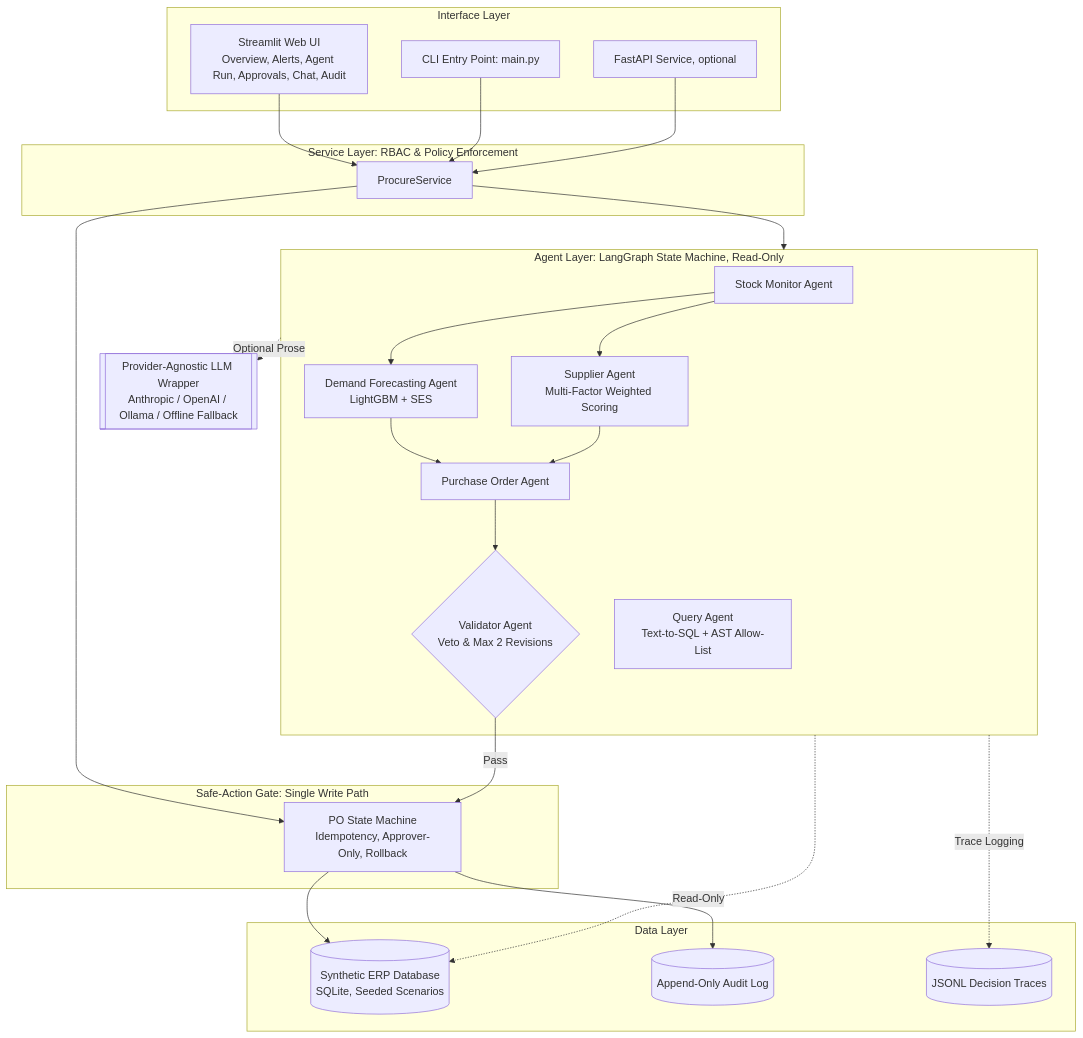
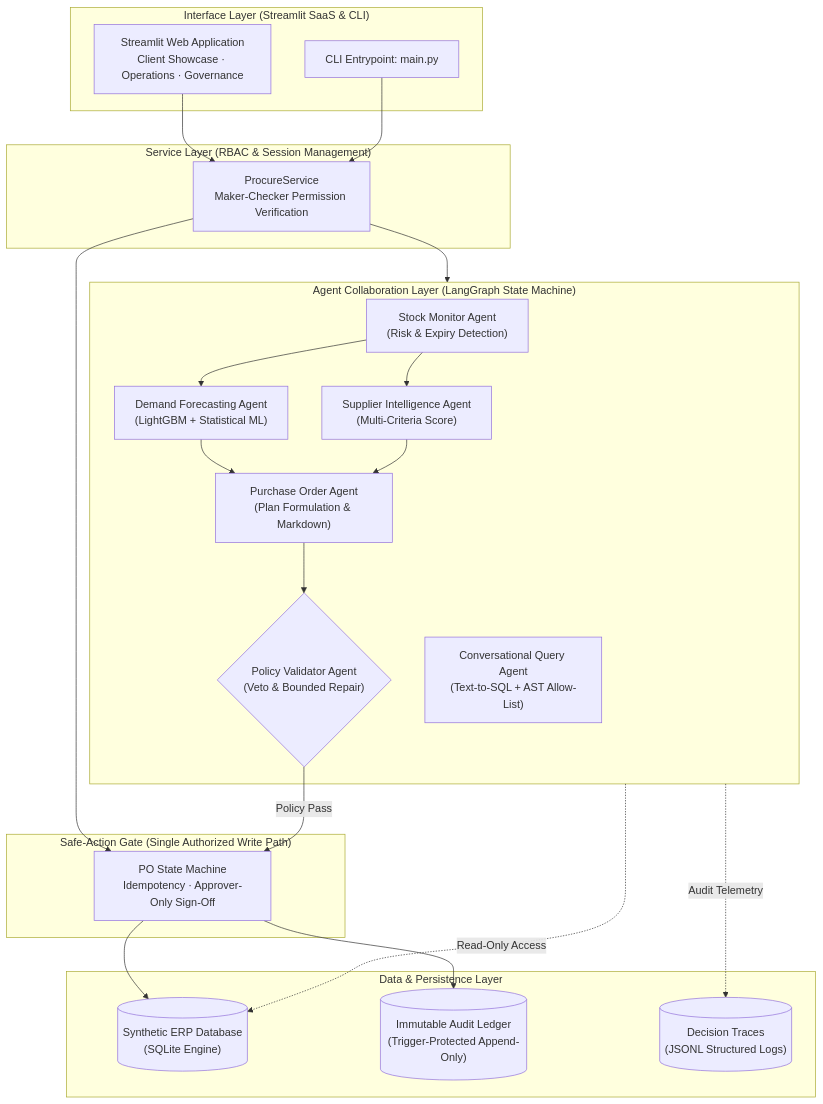
The diagram in README.md (Arkeshak/ralypto-university), drawn with Mermaid before and after one commit. The commit also changed other lines of this file, not shown here.

````diff
--- a/README.md
+++ b/README.md
@@ -44,37 +59,45 @@
 ```mermaid
 flowchart TB
-    subgraph UI[Interface Layer]
-        ST[Streamlit Web UI<br/>Overview, Alerts, Agent Run, Approvals, Chat, Audit]
-        CLI[CLI Entry Point: main.py]
-        API[FastAPI Service, optional]
+    subgraph UI["Interface Layer (Streamlit SaaS & CLI)"]
+        ST["Streamlit Web Application<br/>Client Showcase · Operations · Governance"]
+        CLI["CLI Entrypoint: main.py"]
     end
-    subgraph SVC[Service Layer: RBAC & Policy Enforcement]
-        S[ProcureService]
+
+    subgraph SVC["Service Layer (RBAC & Session Management)"]
+        S["ProcureService<br/>Maker-Checker Permission Verification"]
     end
-    subgraph AG[Agent Layer: LangGraph State Machine, Read-Only]
-        SM[Stock Monitor Agent] --> FC[Demand Forecasting Agent<br/>LightGBM + SES]
-        SM --> SU[Supplier Agent<br/>Multi-Factor Weighted Scoring]
-        FC --> PO[Purchase Order Agent]
+
+    subgraph AG["Agent Collaboration Layer (LangGraph State Machine)"]
+        SM["Stock Monitor Agent<br/>(Risk & Expiry Detection)"]
+        FC["Demand Forecasting Agent<br/>(LightGBM + Statistical ML)"]
+        SU["Supplier Intelligence Agent<br/>(Multi-Criteria Score)"]
+        PO["Purchase Order Agent<br/>(Plan Formulation & Markdown)"]
+        VA{"Policy Validator Agent<br/>(Veto & Bounded Repair)"}
+        QA["Conversational Query Agent<br/>(Text-to-SQL + AST Allow-List)"]
+
+        SM --> FC
+        SM --> SU
+        FC --> PO
         SU --> PO
-        PO --> VA{Validator Agent<br/>Veto & Max 2 Revisions}
-        QA[Query Agent<br/>Text-to-SQL + AST Allow-List]
+        PO --> VA
     end
-    subgraph GATE[Safe-Action Gate: Single Write Path]
-        G[PO State Machine<br/>Idempotency, Approver-Only, Rollback]
+
+    subgraph GATE["Safe-Action Gate (Single Authorized Write Path)"]
+        G["PO State Machine<br/>Idempotency · Approver-Only Sign-Off"]
     end
-    subgraph DATA[Data Layer]
-        DB[(Synthetic ERP Database<br/>SQLite, Seeded Scenarios)]
-        AU[(Append-Only Audit Log)]
-        TR[(JSONL Decision Traces)]
+
+    subgraph DATA["Data & Persistence Layer"]
+        DB[("Synthetic ERP Database<br/>(SQLite Engine)")]
+        AU[("Immutable Audit Ledger<br/>(Trigger-Protected Append-Only)")]
+        TR[("Decision Traces<br/>(JSONL Structured Logs)")]
     end
-    LLM[[Provider-Agnostic LLM Wrapper<br/>Anthropic / OpenAI / Ollama / Offline Fallback]]
-    ST & CLI & API --> S
+
+    ST & CLI --> S
     S --> AG
     S --> G
-    VA -- Pass --> G
+    VA -- "Policy Pass" --> G
     G --> DB
     G --> AU
-    AG -. Read-Only .-> DB
-    AG -. Optional Prose .-> LLM
-    AG -. Trace Logging .-> TR
+    AG -. "Read-Only Access" .-> DB
+    AG -. "Audit Telemetry" .-> TR
 ```
````
